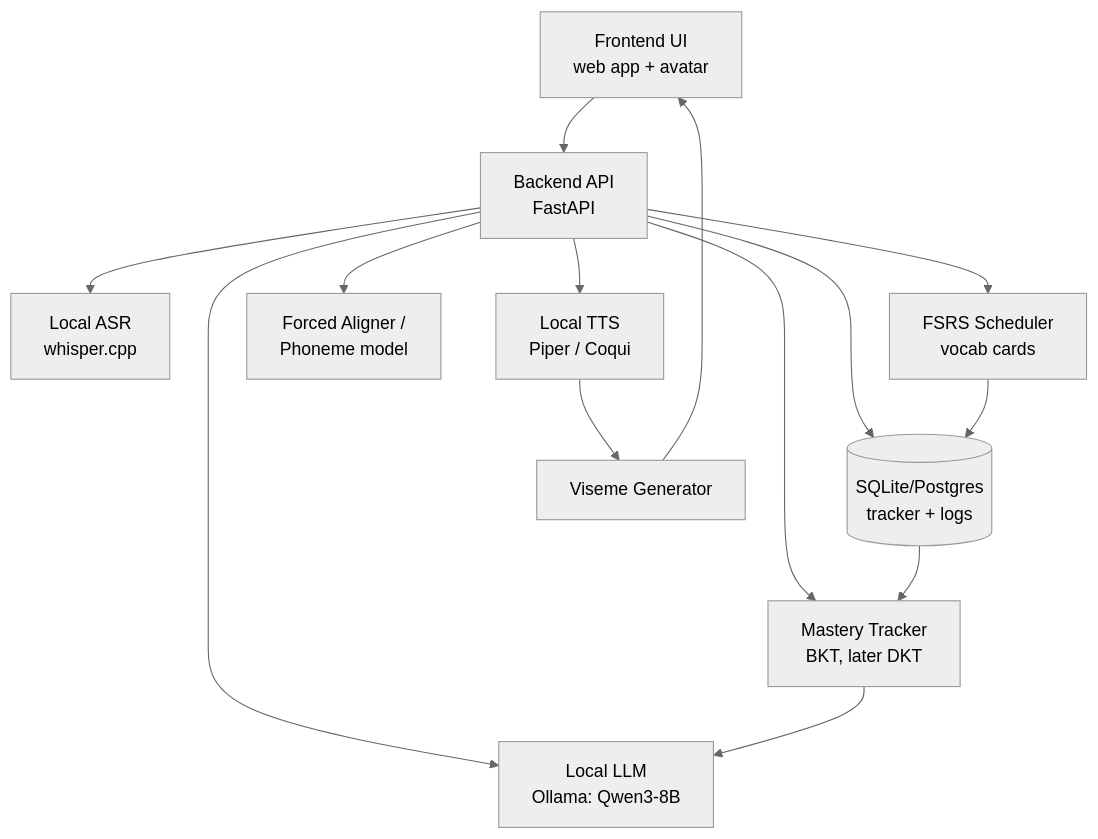
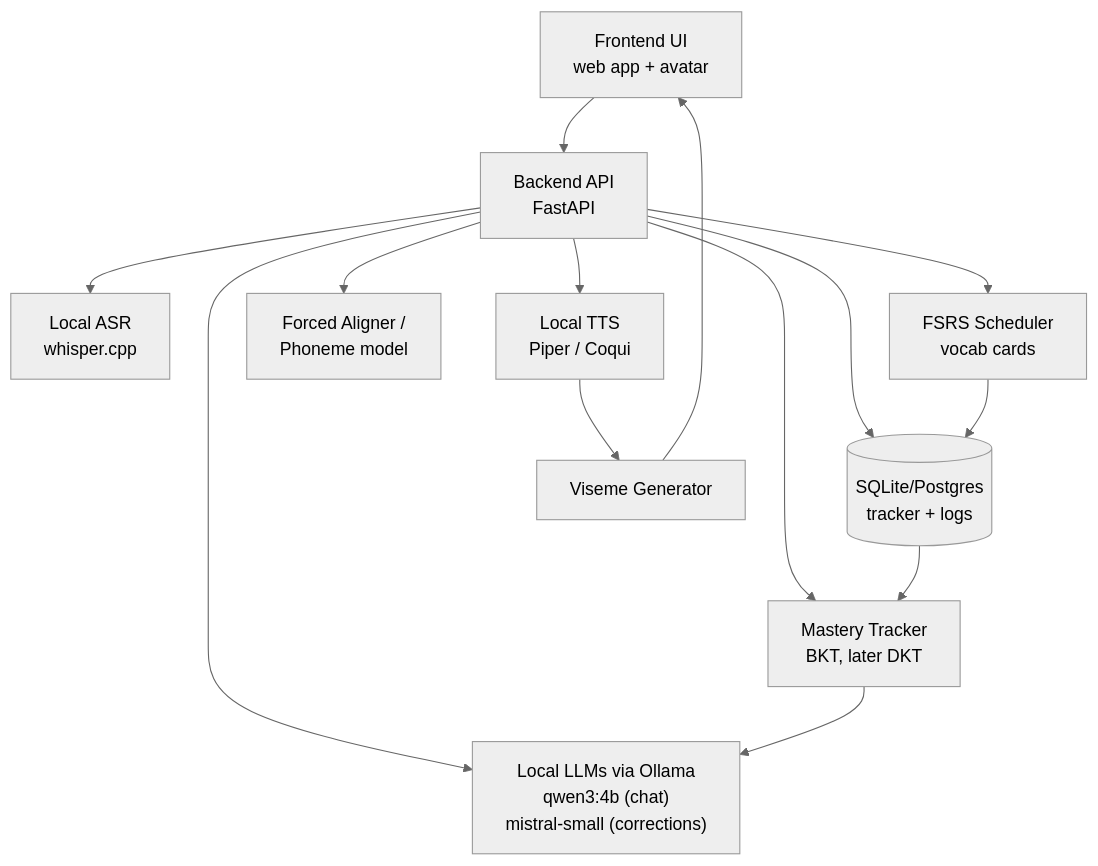
The first of 3 diagrams in planning.md (vaishnaviasawale/French-Tutoring-System), drawn with Mermaid (neutral theme) before and after one commit. The commit also changed other lines of this file and 4 other files, not shown here.

````diff
--- a/planning.md
+++ b/planning.md
@@ -9,18 +9,18 @@
 ```mermaid
 flowchart TB
     UI[Frontend UI<br/>web app + avatar] --> API[Backend API<br/>FastAPI]
     API --> DB[(SQLite/Postgres<br/>tracker + logs)]
-    API --> LLM[Local LLM<br/>Ollama: Qwen3-8B]
+    API --> LLM["Local LLMs via Ollama<br/>qwen3:4b (chat)<br/>mistral-small (corrections)"]
     API --> ASR[Local ASR<br/>whisper.cpp]
     API --> TTS[Local TTS<br/>Piper / Coqui]
     API --> ALIGN[Forced Aligner /<br/>Phoneme model]
     API --> SCHED[FSRS Scheduler<br/>vocab cards]
     API --> TRACE[Mastery Tracker<br/>BKT, later DKT]
 
     TTS --> VIS[Viseme Generator]
     VIS --> UI
 
     DB --> TRACE
     TRACE --> LLM
     SCHED --> DB
 ```
````
